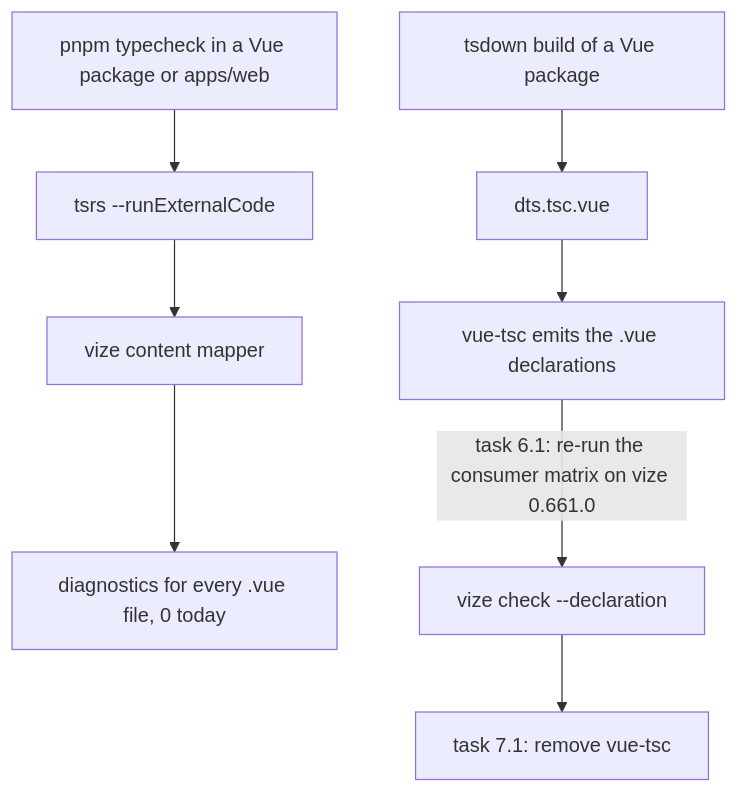
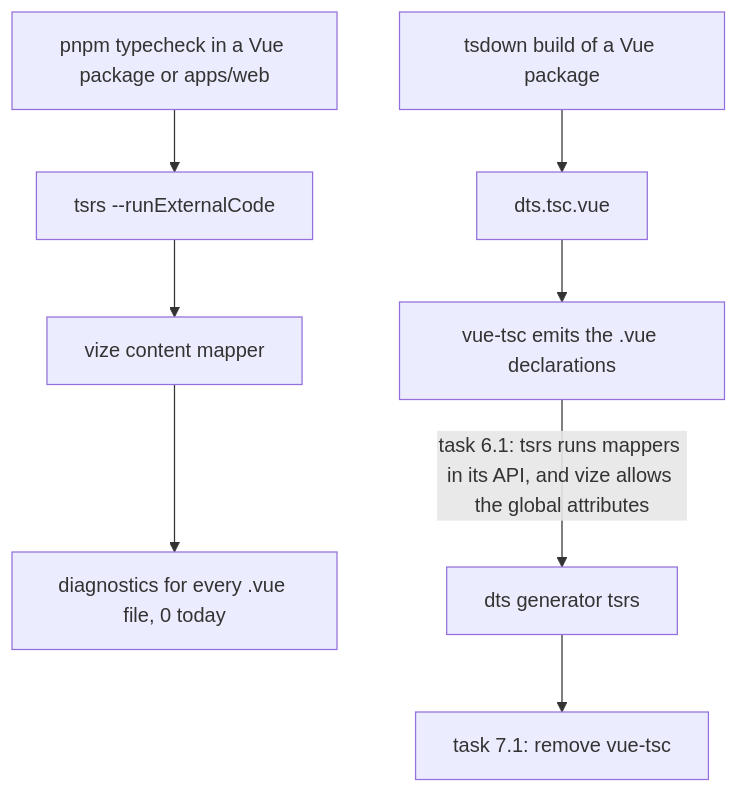
One commit to Esposter/Esposter changed the diagram in openspec/changes/architecture-vize-vue-typecheck/design.md. Above: the diagram before and after it, drawn with Mermaid. The commit also changed other lines of this file and 2 other files, not shown here.

First line of the commit message:
docs(openspec): the vize typecheck change drops its spike, pilot and proven-path sections and the superseded 0.638.0 declaration matrix

````diff
--- a/openspec/changes/architecture-vize-vue-typecheck/design.md
+++ b/openspec/changes/architecture-vize-vue-typecheck/design.md
@@ -169,10 +136,10 @@
 ```mermaid
 flowchart TD
   CHECK["pnpm typecheck in a Vue package or apps/web"] --> TSRS["tsrs --runExternalCode"]
   TSRS --> MAP["vize content mapper"]
   MAP --> OK["diagnostics for every .vue file, 0 today"]
   BUILD["tsdown build of a Vue package"] --> DTS["dts.tsc.vue"]
   DTS --> VUETSC["vue-tsc emits the .vue declarations"]
-  VUETSC -->|"task 6.1: re-run the consumer matrix on vize 0.661.0"| VIZE["vize check --declaration"]
-  VIZE --> RETIRE["task 7.1: remove vue-tsc"]
+  VUETSC -->|"task 6.1: tsrs runs mappers in its API, and vize allows the global attributes"| TSRSDTS["dts generator tsrs"]
+  TSRSDTS --> RETIRE["task 7.1: remove vue-tsc"]
 ```
````
